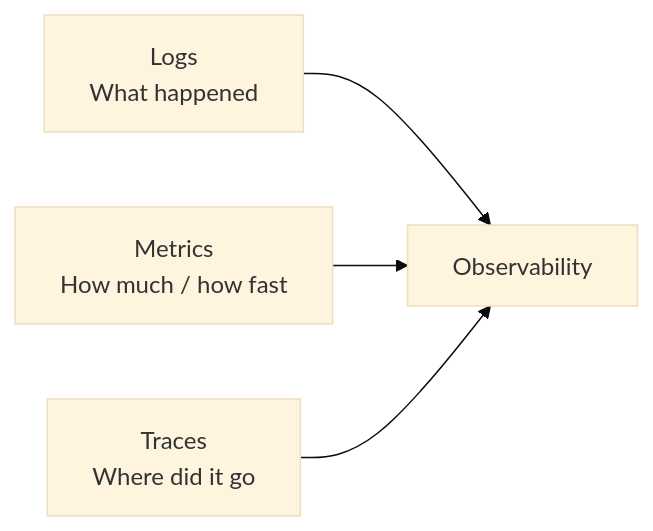
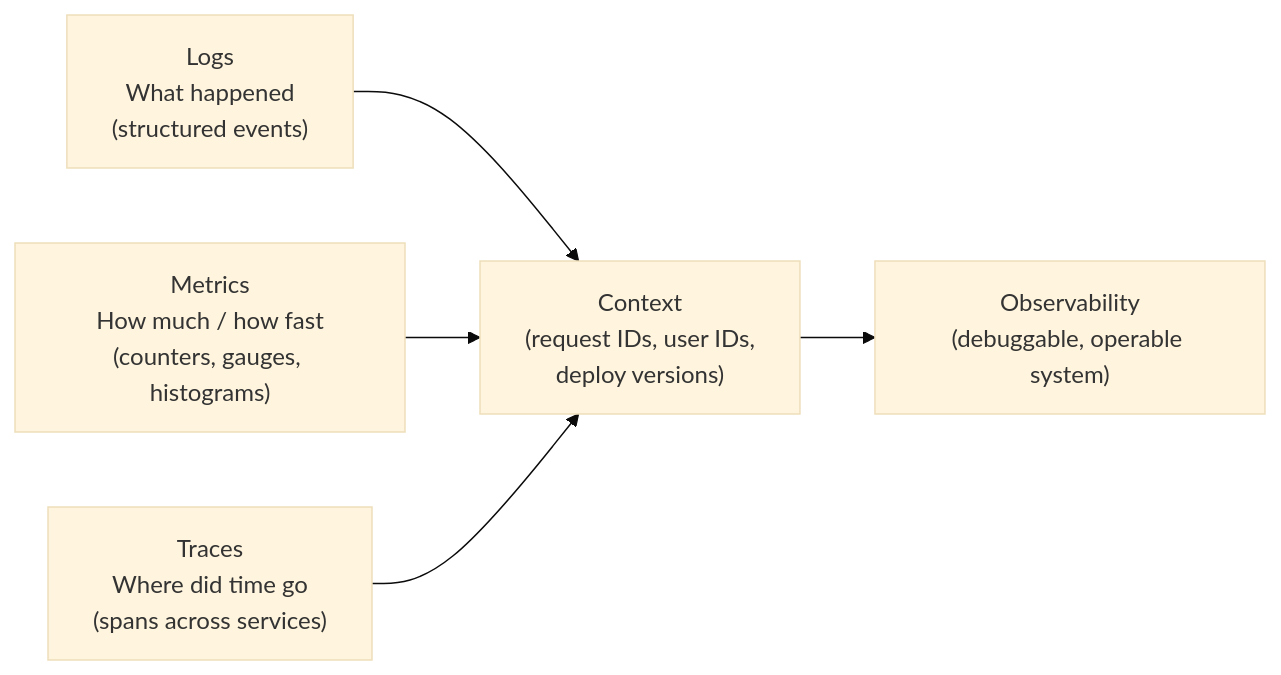
Before and after one commit to mimran13/system-design: the diagram in docs/observability/index.md, drawn with Mermaid (base theme). The commit also changed other lines of this file and 43 other files, not shown here.

````diff
--- a/docs/observability/index.md
+++ b/docs/observability/index.md
@@ -7,6 +11,12 @@
 ```mermaid
 graph LR
-    L["Logs\nWhat happened"] --> O["Observability"]
-    M["Metrics\nHow much / how fast"] --> O
-    T["Traces\nWhere did it go"] --> O
+    L["Logs\nWhat happened\n(structured events)"]
+    M["Metrics\nHow much / how fast\n(counters, gauges, histograms)"]
+    T["Traces\nWhere did time go\n(spans across services)"]
+    C["Context\n(request IDs, user IDs,\ndeploy versions)"]
+
+    L --> C
+    M --> C
+    T --> C
+    C --> O["Observability\n(debuggable, operable system)"]
 ```
````
